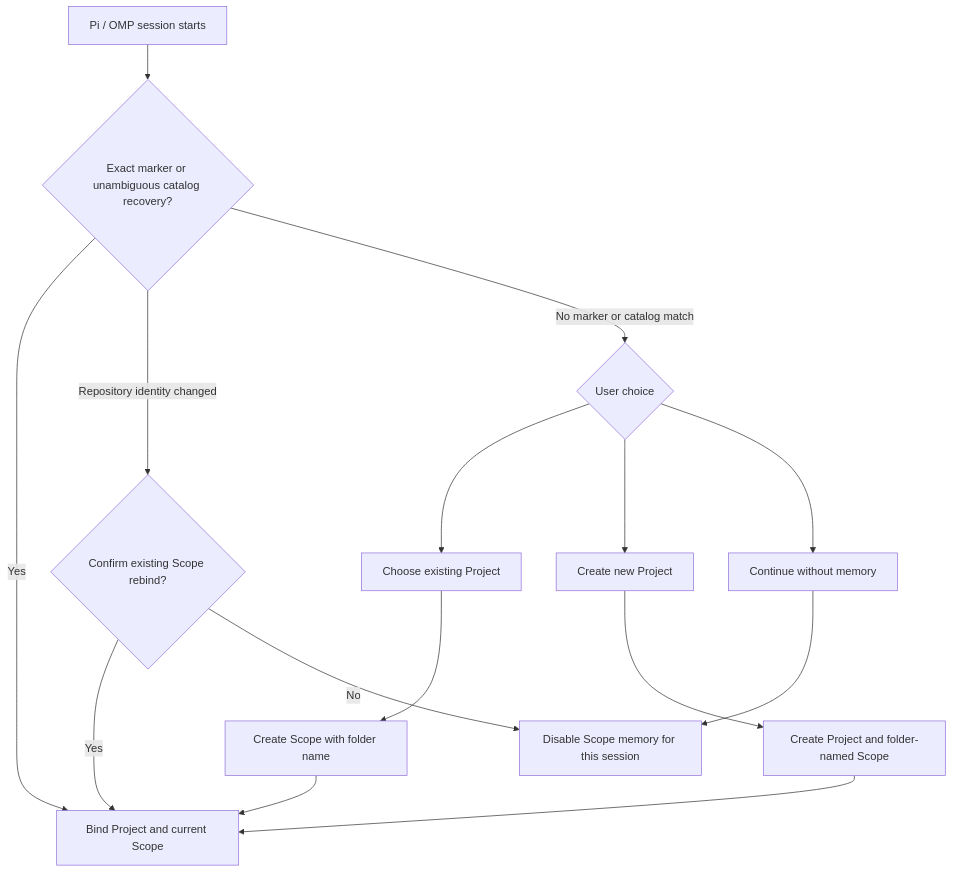
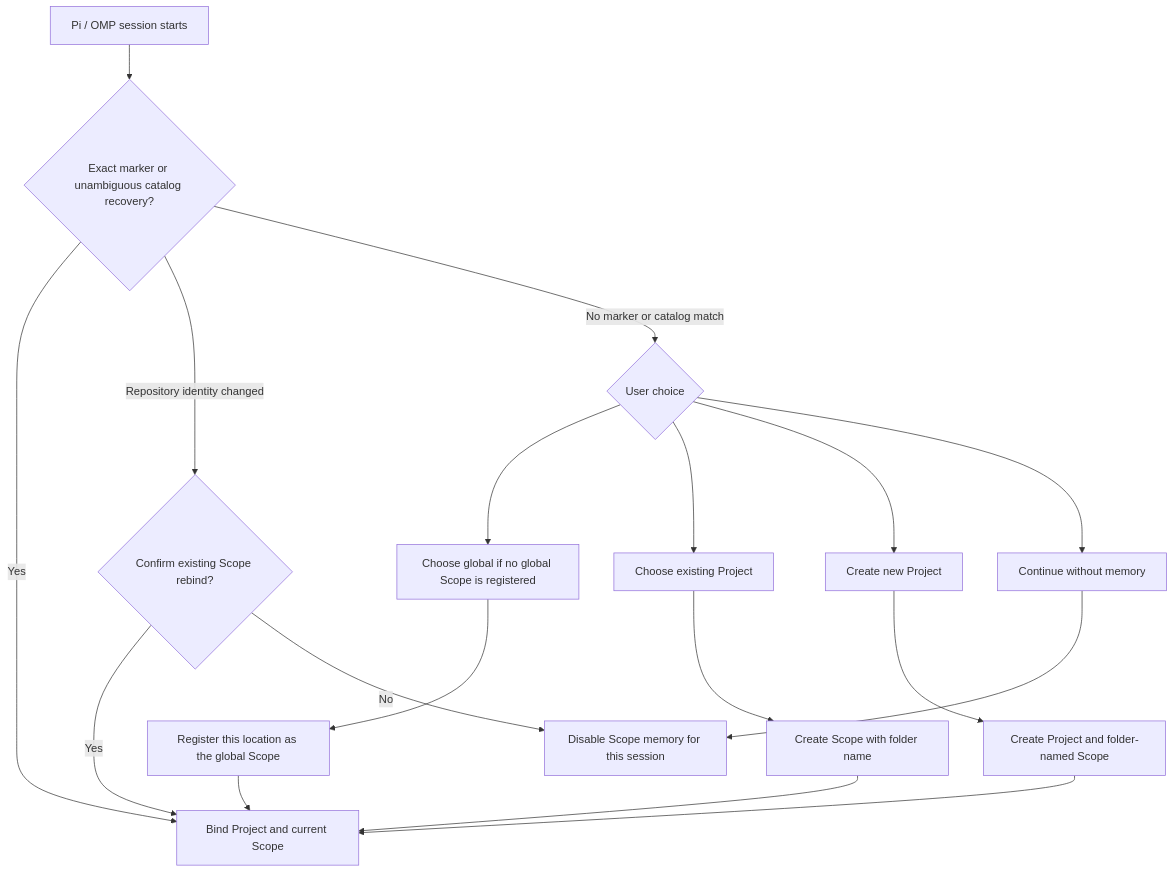
Before and after one commit to dudong2/pi-memory-orchestrator: the second of 4 diagrams in README.md, drawn with Mermaid. The commit also changed other lines of this file and 4 other files, not shown here.

Commit message:
feat: support global scope onboarding

````diff
--- a/README.md
+++ b/README.md
@@ -68,17 +68,20 @@
 ```mermaid
 flowchart TD
     Start[Pi / OMP session starts] --> Resolve{Exact marker or unambiguous catalog recovery?}
     Resolve -->|Yes| Bind[Bind Project and current Scope]
     Resolve -->|Repository identity changed| Rebind{Confirm existing Scope rebind?}
     Rebind -->|Yes| Bind
     Rebind -->|No| Disabled[Disable Scope memory for this session]
     Resolve -->|No marker or catalog match| Choose{User choice}
+    Choose --> Global[Choose global if no global Scope is registered]
     Choose --> Existing[Choose existing Project]
     Choose --> New[Create new Project]
     Choose --> None[Continue without memory]
+    Global --> GlobalScope[Register this location as the global Scope]
     Existing --> Scope[Create Scope with folder name]
     New --> First[Create Project and folder-named Scope]
+    GlobalScope --> Bind
     Scope --> Bind
     First --> Bind
     None --> Disabled
 ```
````
